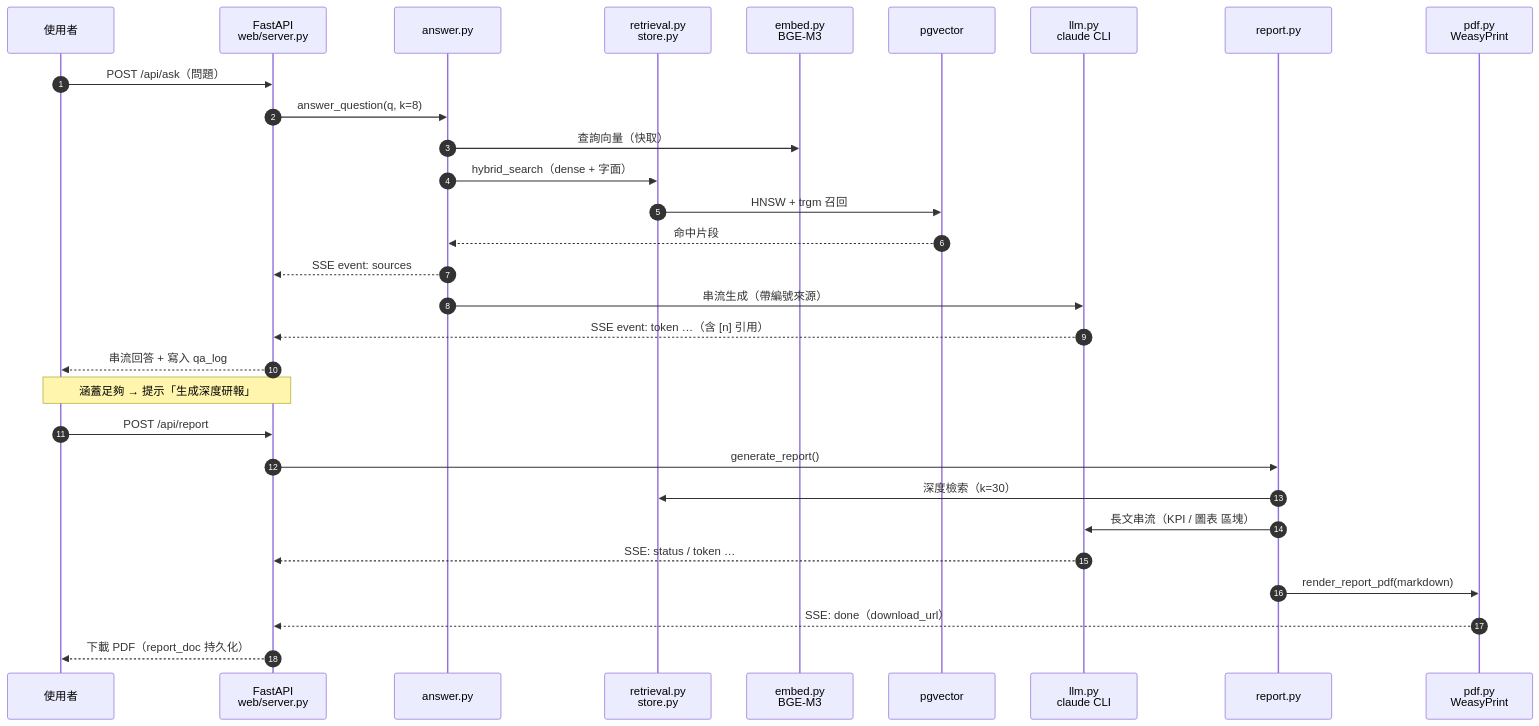
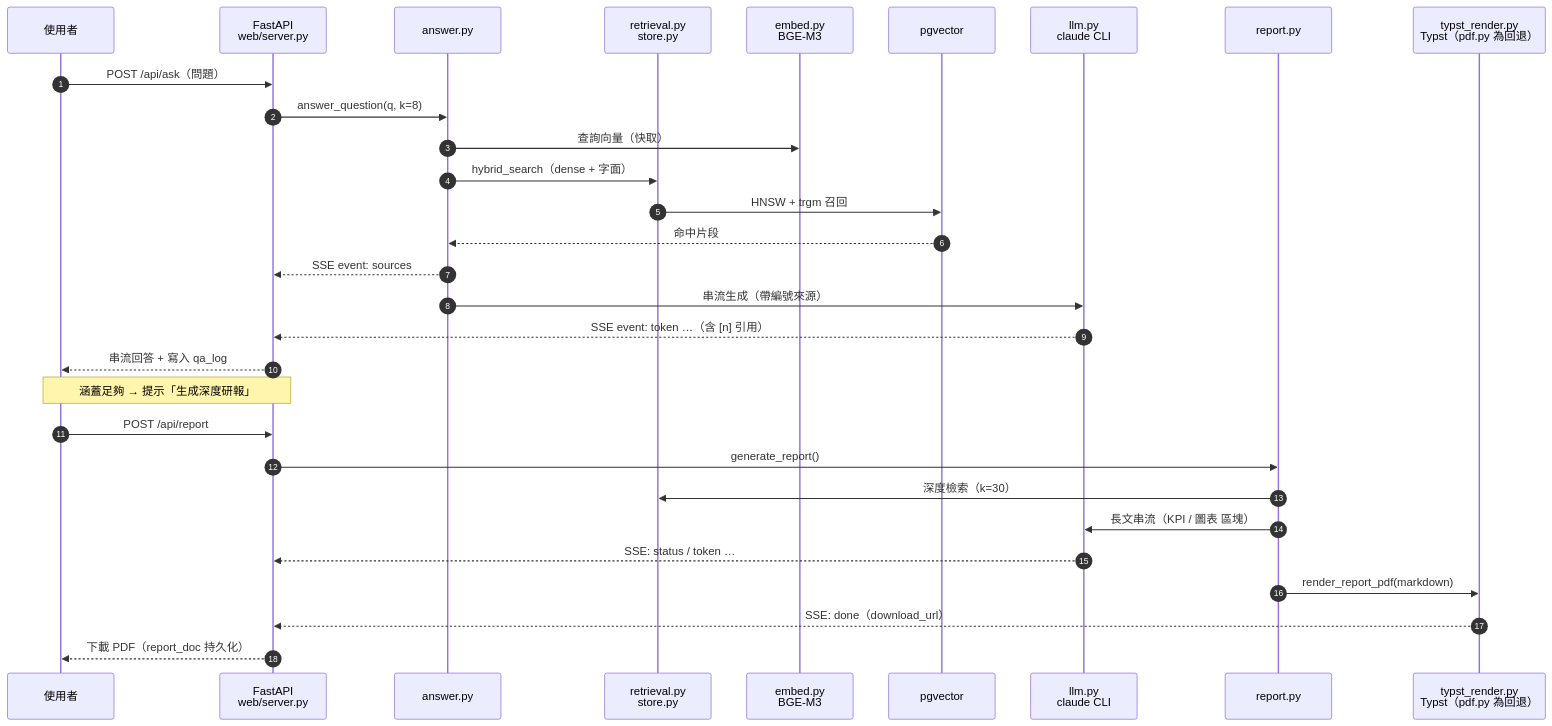
The second of 2 diagrams in README.md (FPI-TW/report-research), drawn with Mermaid before and after one commit. The commit also changed other lines of this file and 4 other files, not shown here.

````diff
--- a/README.md
+++ b/README.md
@@ -108,33 +108,33 @@
 ```mermaid
 sequenceDiagram
     autonumber
     participant U as 使用者
     participant API as FastAPI<br/>web/server.py
     participant ANS as answer.py
     participant RET as retrieval.py<br/>store.py
     participant EMB as embed.py<br/>BGE-M3
     participant DB as pgvector
     participant LLM as llm.py<br/>claude CLI
     participant REP as report.py
-    participant PDF as pdf.py<br/>WeasyPrint
+    participant PDF as typst_render.py<br/>Typst（pdf.py 為回退）
 
     U->>API: POST /api/ask（問題）
     API->>ANS: answer_question(q, k=8)
     ANS->>EMB: 查詢向量（快取）
     ANS->>RET: hybrid_search（dense + 字面）
     RET->>DB: HNSW + trgm 召回
     DB-->>ANS: 命中片段
     ANS-->>API: SSE event: sources
     ANS->>LLM: 串流生成（帶編號來源）
     LLM-->>API: SSE event: token …（含 [n] 引用）
     API-->>U: 串流回答 + 寫入 qa_log
     Note over U,API: 涵蓋足夠 → 提示「生成深度研報」
     U->>API: POST /api/report
     API->>REP: generate_report()
     REP->>RET: 深度檢索（k=30）
     REP->>LLM: 長文串流（KPI / 圖表 區塊）
     LLM-->>API: SSE: status / token …
     REP->>PDF: render_report_pdf(markdown)
     PDF-->>API: SSE: done（download_url）
     API-->>U: 下載 PDF（report_doc 持久化）
 ```
````
